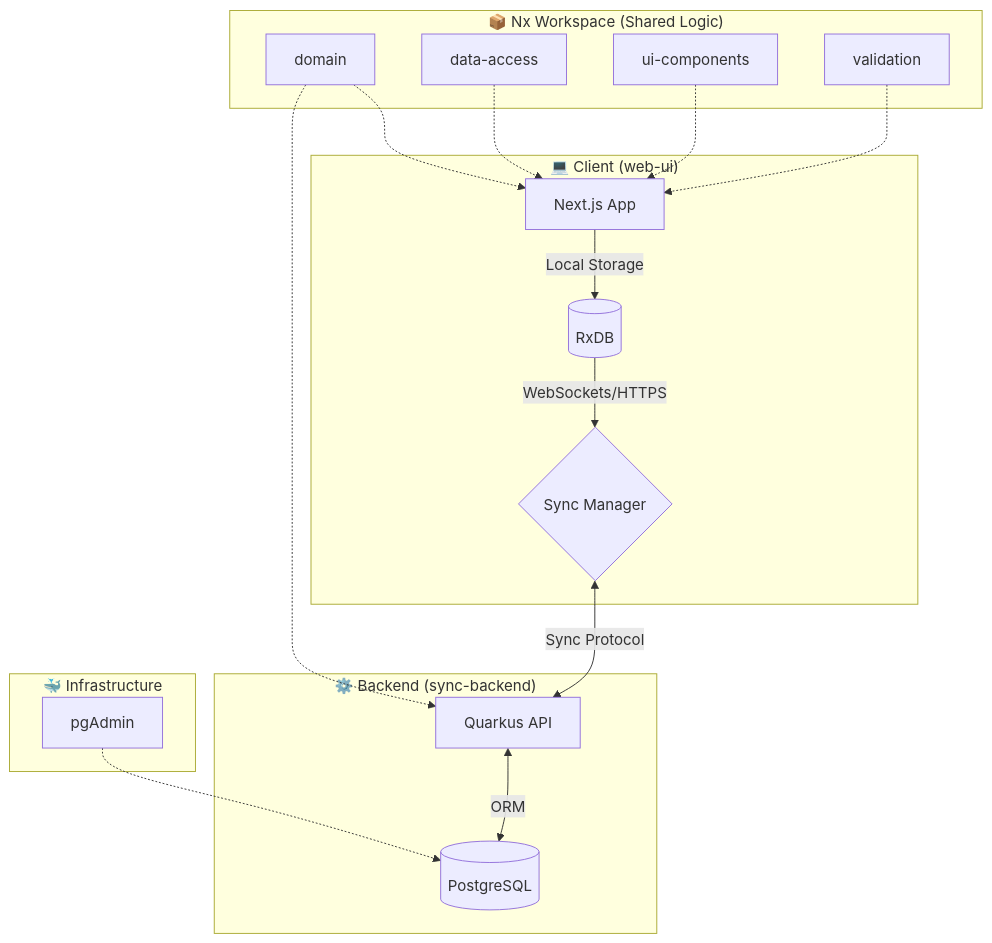
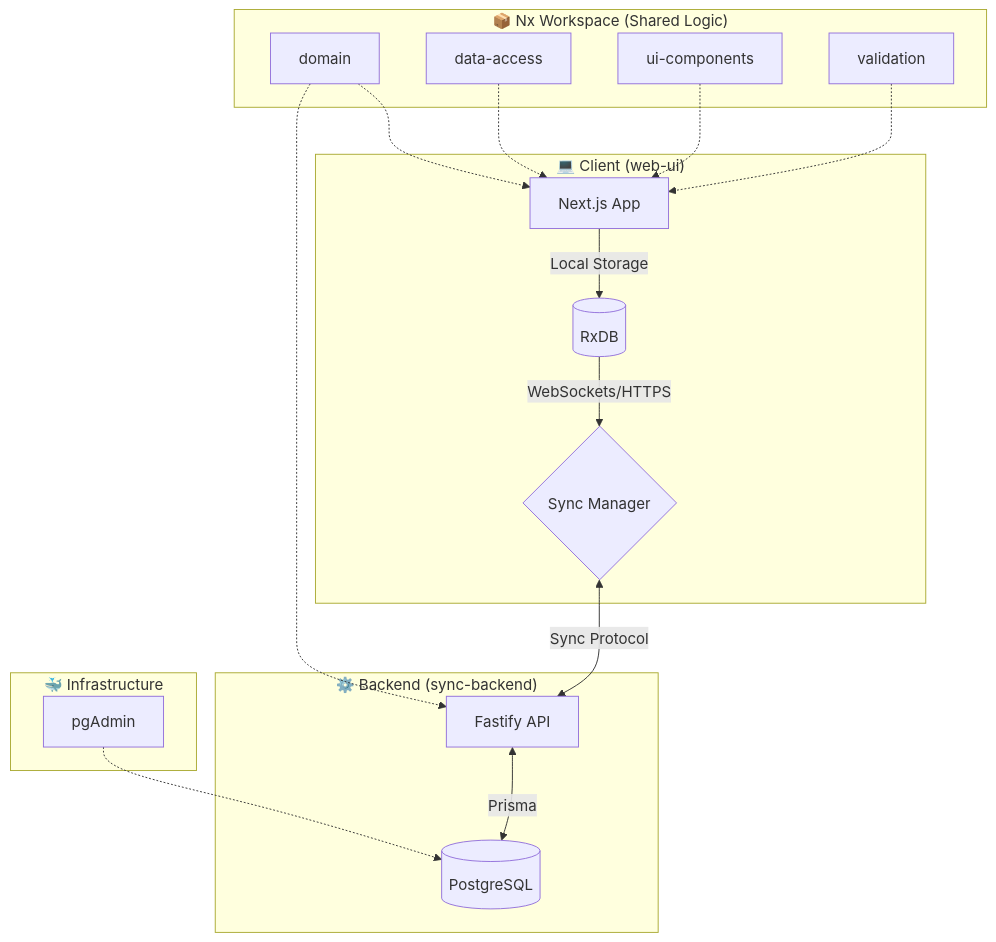
One commit to daveteply/job-tracker changed the diagram in README.md. Above: the diagram before and after it, drawn with Mermaid. The commit also changed other lines of this file and 26 other files, not shown here.

Commit message:
arch: replace Quarkus backend with Fastify (node)

````diff
--- a/README.md
+++ b/README.md
@@ -16,25 +16,25 @@
 ```mermaid
 graph TD
     subgraph "💻 Client (web-ui)"
         A[Next.js App] -->|Local Storage| B[(RxDB)]
         B -->|WebSockets/HTTPS| C{Sync Manager}
     end
 
     subgraph "⚙️ Backend (sync-backend)"
-        C <-->|Sync Protocol| D[Quarkus API]
-        D <-->|ORM| E[(PostgreSQL)]
+        C <-->|Sync Protocol| D[Fastify API]
+        D <-->|Prisma| E[(PostgreSQL)]
     end
 
     subgraph "📦 Nx Workspace (Shared Logic)"
         F[domain] -.-> A
         F -.-> D
         G[data-access] -.-> A
         H[ui-components] -.-> A
         I[validation] -.-> A
     end
 
     subgraph "🐳 Infrastructure"
         E
         J[pgAdmin] -.-> E
     end
 ```
````
